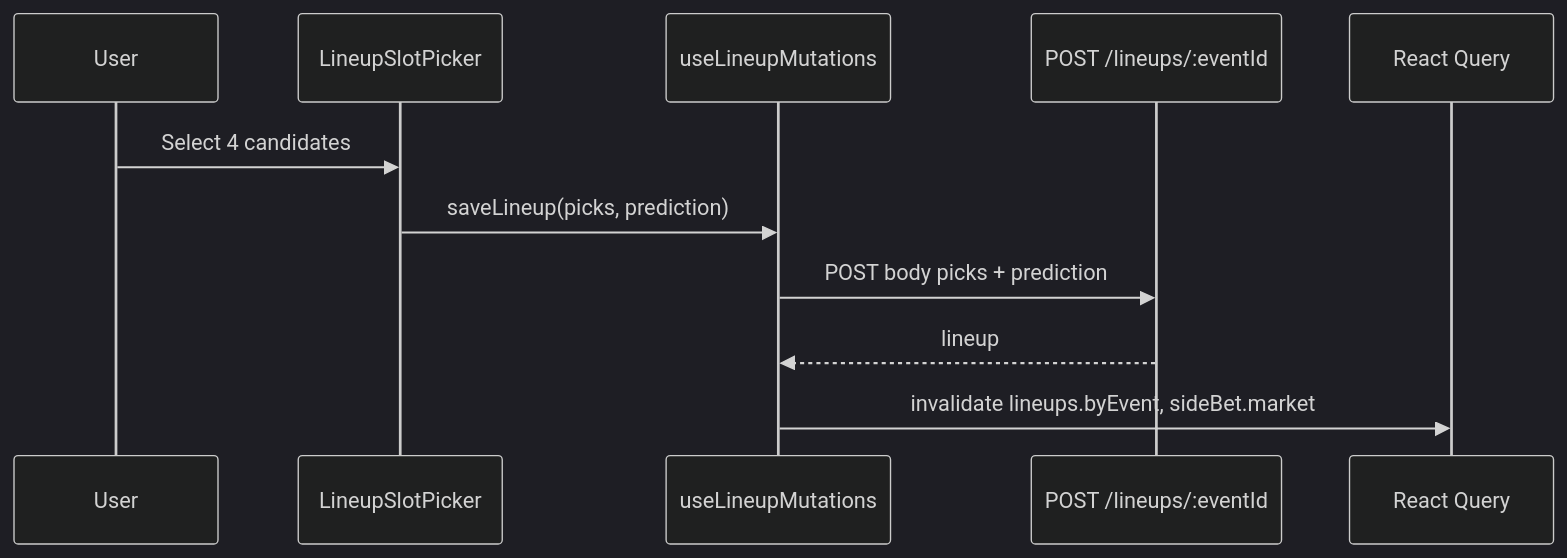
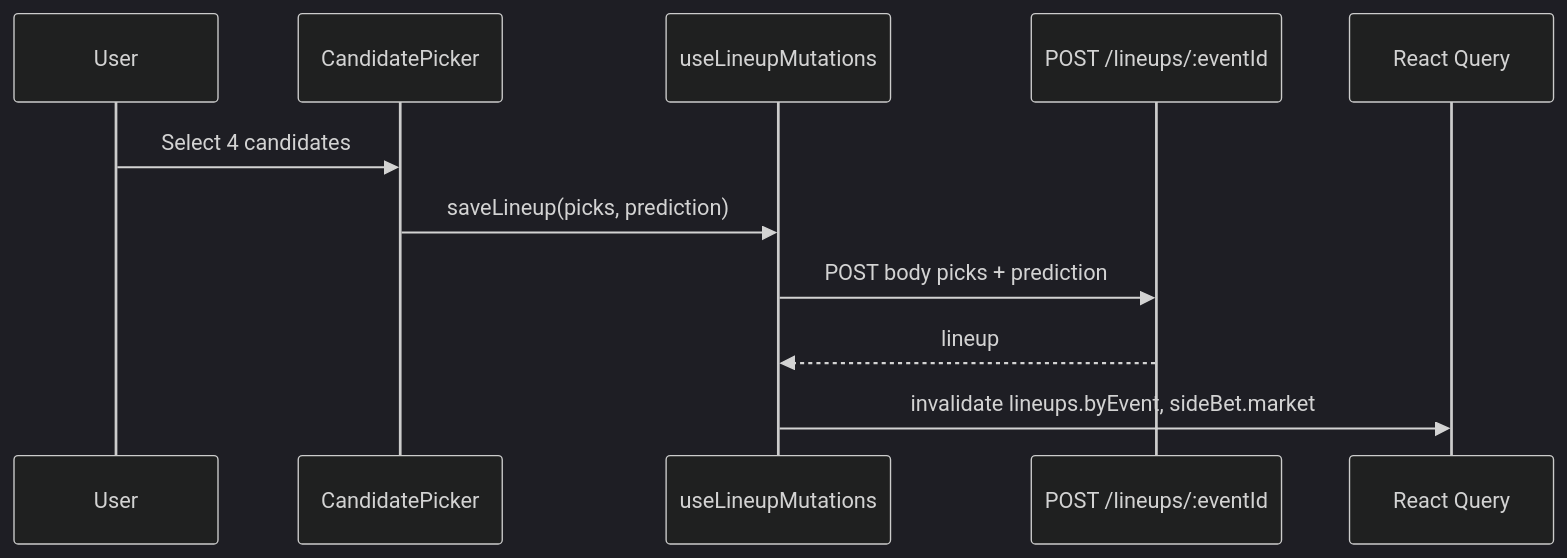
Before and after one commit to MagRelo/cut: the second of 4 diagrams in spec/client/data-flow.md, drawn with Mermaid (dark theme). The commit also changed other lines of this file and 20 other files, not shown here.

````diff
--- a/spec/client/data-flow.md
+++ b/spec/client/data-flow.md
@@ -61,14 +61,14 @@
 ```mermaid
 sequenceDiagram
   participant User
-  participant Picker as LineupSlotPicker
+  participant Picker as CandidatePicker
   participant Hook as useLineupMutations
   participant API as POST /lineups/:eventId
   participant RQ as React Query
 
   User->>Picker: Select 4 candidates
   Picker->>Hook: saveLineup(picks, prediction)
   Hook->>API: POST body picks + prediction
   API-->>Hook: lineup
   Hook->>RQ: invalidate lineups.byEvent, sideBet.market
 ```
````
